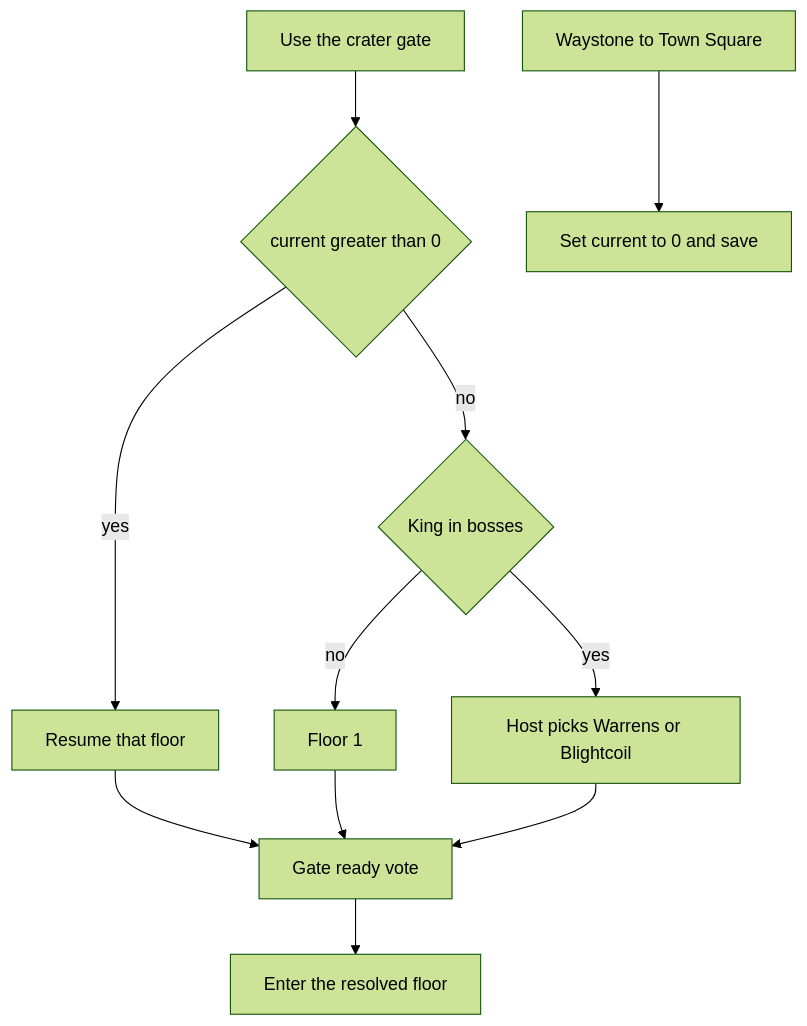
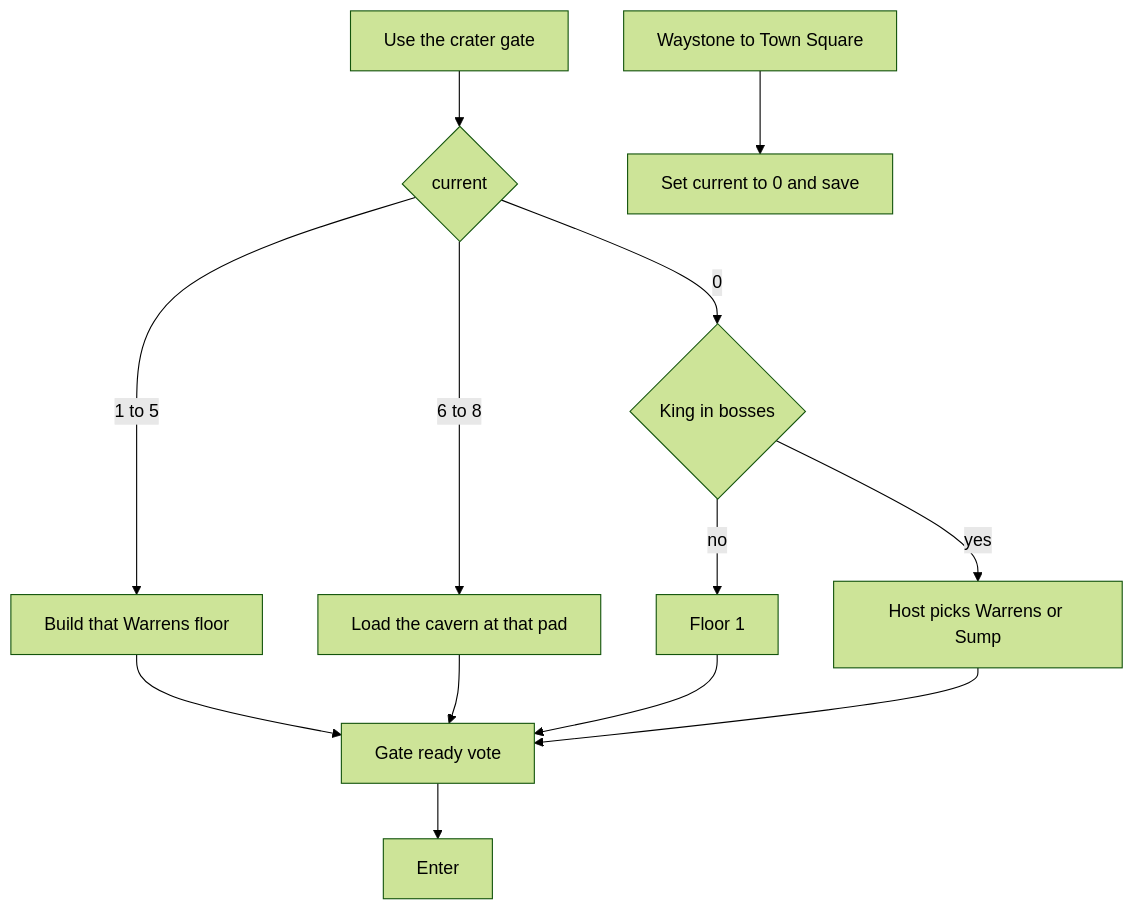
Before and after one commit to ShobieShy/covenant-of-embers: the second of 4 diagrams in docs/PLAN_0.7.0_ACT2.md, drawn with Mermaid (forest theme). The commit also changed other lines of this file, not shown here.

First line of the commit message:
docs: make Act II a walkable vertical cavern

````diff
--- a/docs/PLAN_0.7.0_ACT2.md
+++ b/docs/PLAN_0.7.0_ACT2.md
@@ -205,15 +213,17 @@
 ```mermaid
 flowchart TD
   use[Use the crater gate]
-  use --> mid{current greater than 0}
-  mid -->|yes| resume[Resume that floor]
-  mid -->|no| king{King in bosses}
+  use --> mid{current}
+  mid -->|1 to 5| warren[Build that Warrens floor]
+  mid -->|6 to 8| pad[Load the cavern at that pad]
+  mid -->|0| king{King in bosses}
   king -->|no| floor1[Floor 1]
-  king -->|yes| pick[Host picks Warrens or Blightcoil]
-  resume --> vote[Gate ready vote]
+  king -->|yes| pick[Host picks Warrens or Sump]
+  warren --> vote[Gate ready vote]
+  pad --> vote
   floor1 --> vote
   pick --> vote
-  vote --> enter[Enter the resolved floor]
+  vote --> enter[Enter]
   home[Waystone to Town Square]
   home --> zero[Set current to 0 and save]
 ```
````
